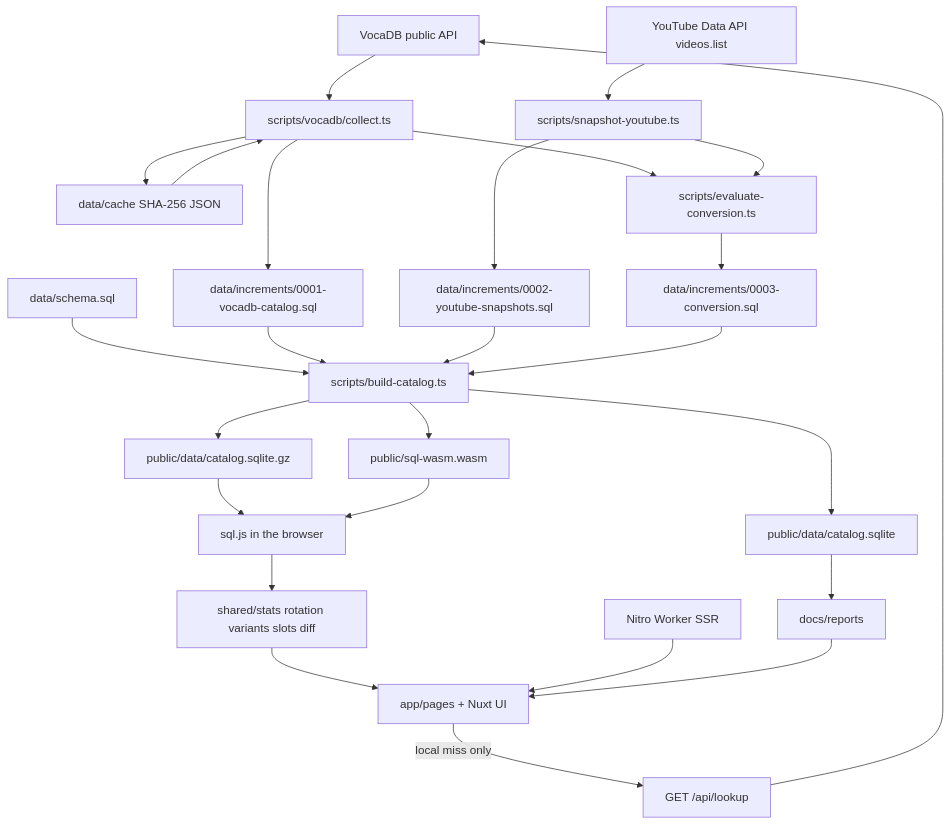
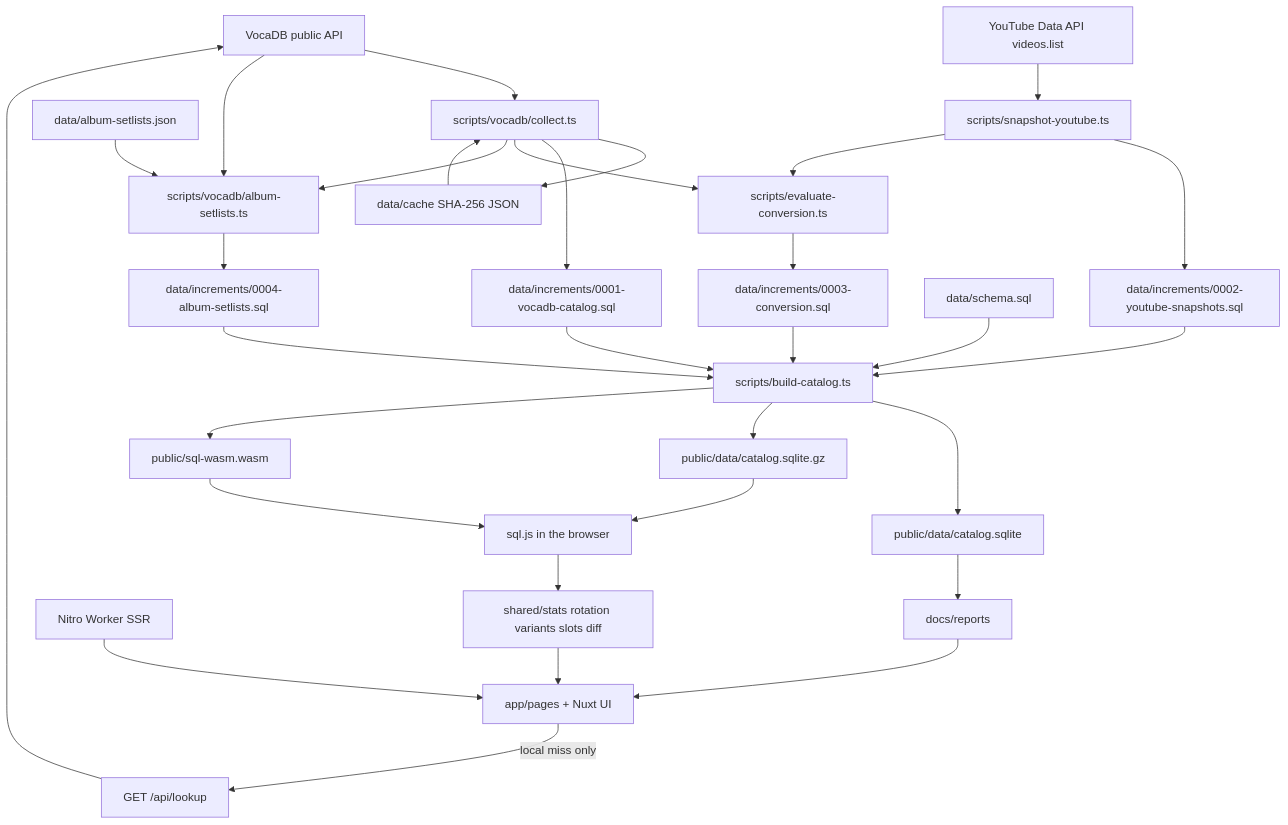
The diagram in docs/architecture.md (RJiazhen/miku-concert-stats), drawn with Mermaid before and after one commit. The commit also changed other lines of this file and 23 other files, not shown here.

Commit message:
Fill missing symphony setlists from album tracklists

````diff
--- a/docs/architecture.md
+++ b/docs/architecture.md
@@ -125,49 +127,57 @@
 ```mermaid
 flowchart TD
   vocadb["VocaDB public API"]
   cache["data/cache SHA-256 JSON"]
   collect["scripts/vocadb/collect.ts"]
+  albums["data/album-setlists.json"]
+  collectalbums["scripts/vocadb/album-setlists.ts"]
   youtube["YouTube Data API videos.list"]
   snap["scripts/snapshot-youtube.ts"]
   inc1["data/increments/0001-vocadb-catalog.sql"]
   inc2["data/increments/0002-youtube-snapshots.sql"]
+  inc4["data/increments/0004-album-setlists.sql"]
   eval["scripts/evaluate-conversion.ts"]
   inc3["data/increments/0003-conversion.sql"]
   schema["data/schema.sql"]
   build["scripts/build-catalog.ts"]
   sqlite["public/data/catalog.sqlite"]
   gzip["public/data/catalog.sqlite.gz"]
   wasm["public/sql-wasm.wasm"]
   browser["sql.js in the browser"]
   shared["shared/stats rotation variants slots diff"]
   pages["app/pages + Nuxt UI"]
   worker["Nitro Worker SSR"]
   lookup["GET /api/lookup"]
   report["docs/reports"]
 
   vocadb --> collect
   collect --> cache
   cache --> collect
   collect --> inc1
   collect --> eval
+  vocadb --> collectalbums
+  albums --> collectalbums
+  collect --> collectalbums
+  collectalbums --> inc4
   youtube --> snap
   snap --> inc2
   snap --> eval
   schema --> build
   inc1 --> build
   inc2 --> build
+  inc4 --> build
   inc3 --> build
   eval --> inc3
   build --> sqlite
   build --> gzip
   build --> wasm
   gzip --> browser
   wasm --> browser
   browser --> shared
   shared --> pages
   worker --> pages
   pages -->|"local miss only"| lookup
   lookup --> vocadb
   sqlite --> report
   report --> pages
 ```
````
